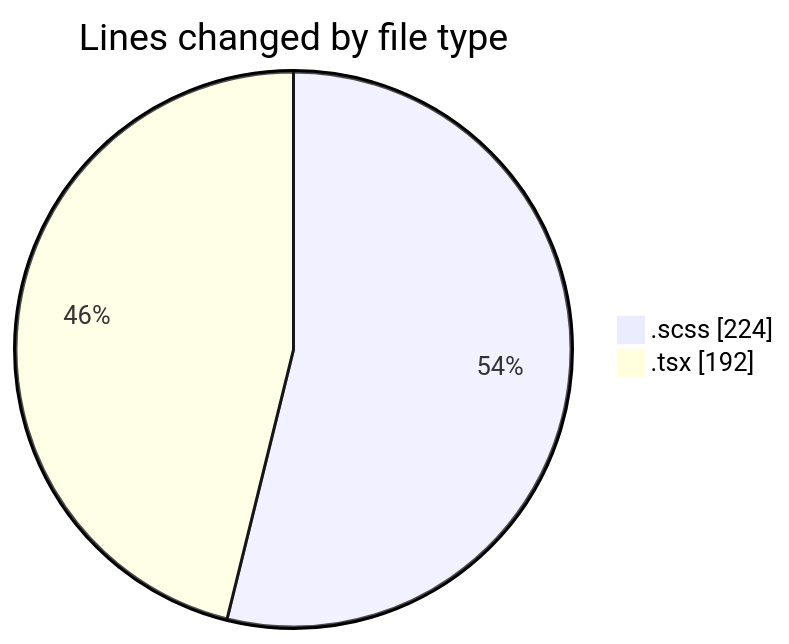
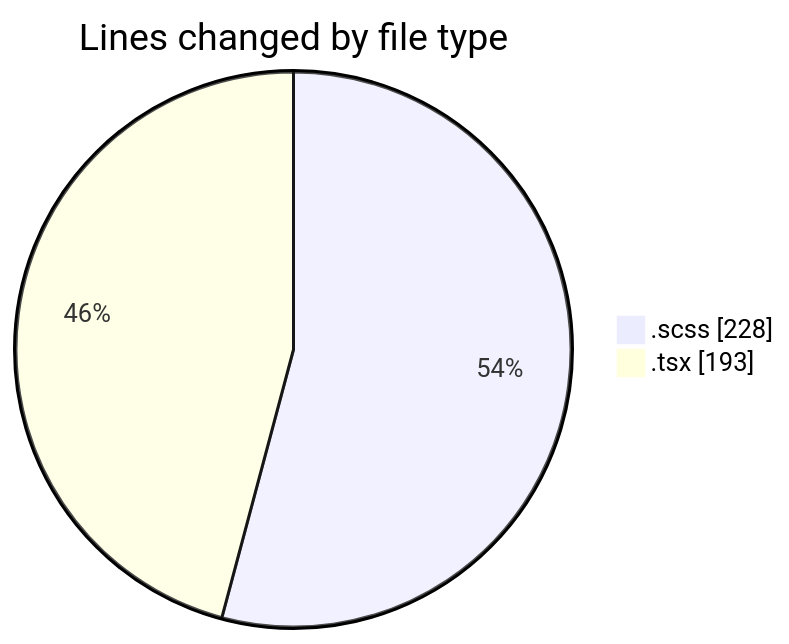
One commit to momahboobian/code-tracking changed the first of 2 diagrams in 2025-08-28/cda/README.md. Above: the diagram before and after it, drawn with Mermaid. The commit also changed other lines of this file and 1 other file, not shown here.

````diff
--- a/2025-08-28/cda/README.md
+++ b/2025-08-28/cda/README.md
@@ -21,6 +21,6 @@
 ```mermaid
 pie showData
 title Lines changed by file type
-".scss" : 224
-".tsx" : 192
+".scss" : 228
+".tsx" : 193
 ```
````
